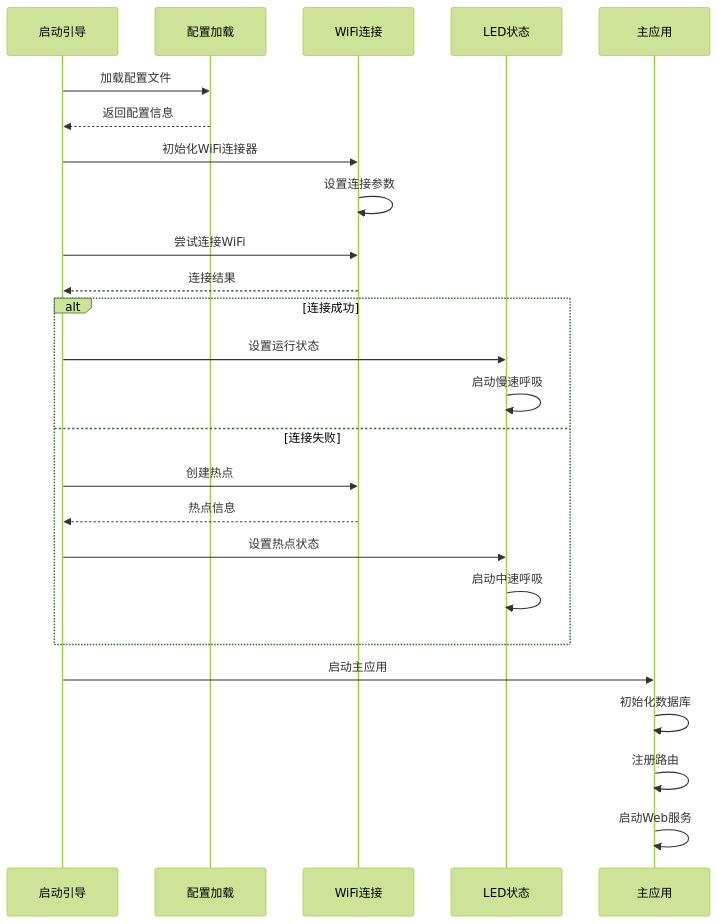
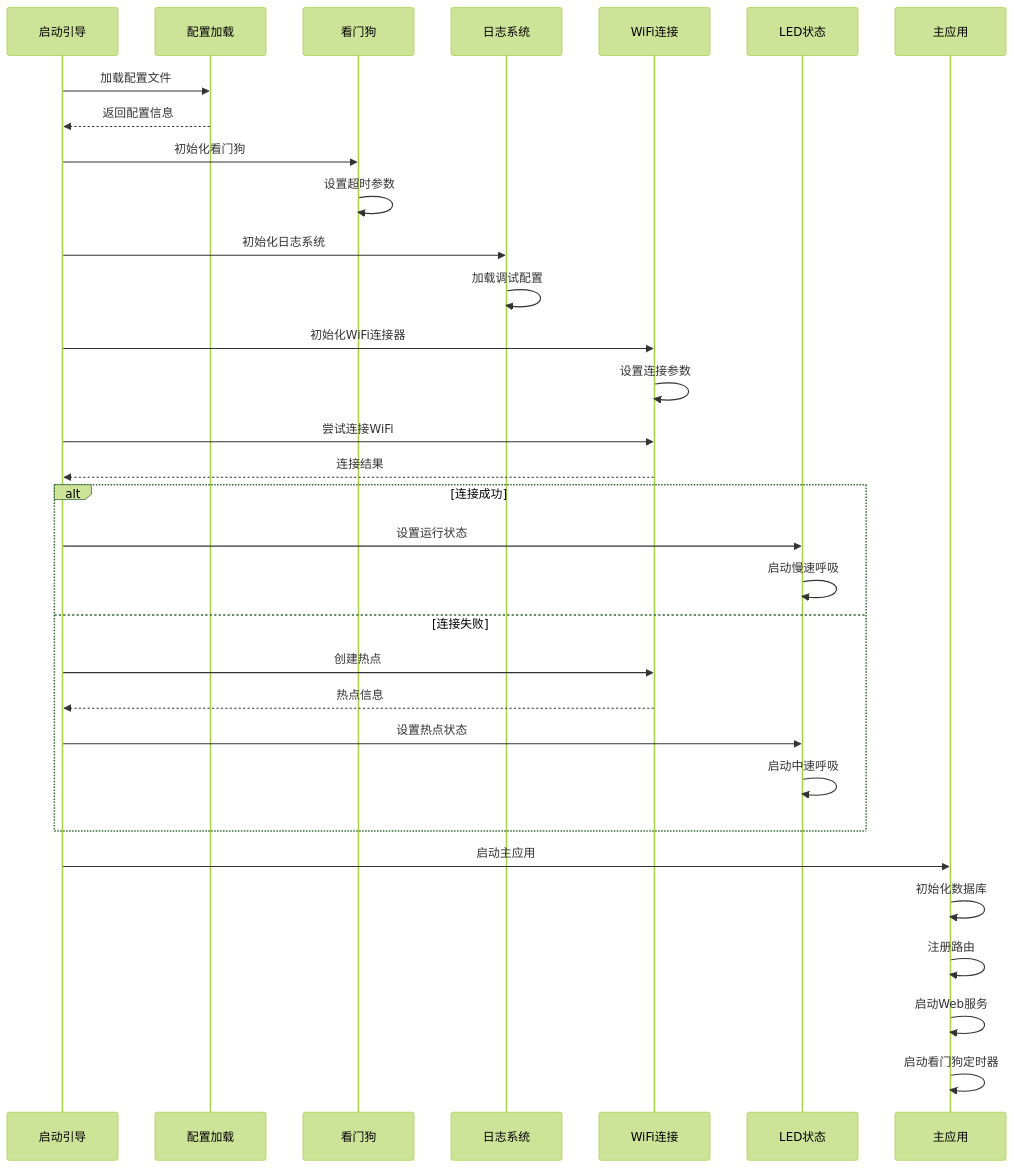
One commit to qq20739111/weilushishe-lishitai changed the third of 13 diagrams in .qoder/repowiki/zh/content/核心模块/核心模块.md. Above: the diagram before and after it, drawn with Mermaid (forest theme). The commit also changed other lines of this file and 23 other files, not shown here.

````diff
--- a/.qoder/repowiki/zh/content/核心模块/核心模块.md
+++ b/.qoder/repowiki/zh/content/核心模块/核心模块.md
@@ -219,27 +310,34 @@
 ```mermaid
 sequenceDiagram
 participant Boot as 启动引导
 participant Config as 配置加载
+participant Watchdog as 看门狗
+participant Logger as 日志系统
 participant Wifi as WiFi连接
 participant Led as LED状态
 participant Main as 主应用
 Boot->>Config : 加载配置文件
 Config-->>Boot : 返回配置信息
+Boot->>Watchdog : 初始化看门狗
+Watchdog->>Watchdog : 设置超时参数
+Boot->>Logger : 初始化日志系统
+Logger->>Logger : 加载调试配置
 Boot->>Wifi : 初始化WiFi连接器
 Wifi->>Wifi : 设置连接参数
 Boot->>Wifi : 尝试连接WiFi
 Wifi-->>Boot : 连接结果
 alt 连接成功
 Boot->>Led : 设置运行状态
 Led->>Led : 启动慢速呼吸
 else 连接失败
 Boot->>Wifi : 创建热点
 Wifi-->>Boot : 热点信息
 Boot->>Led : 设置热点状态
 Led->>Led : 启动中速呼吸
 end
 Boot->>Main : 启动主应用
 Main->>Main : 初始化数据库
 Main->>Main : 注册路由
 Main->>Main : 启动Web服务
+Main->>Main : 启动看门狗定时器
 ```
````
